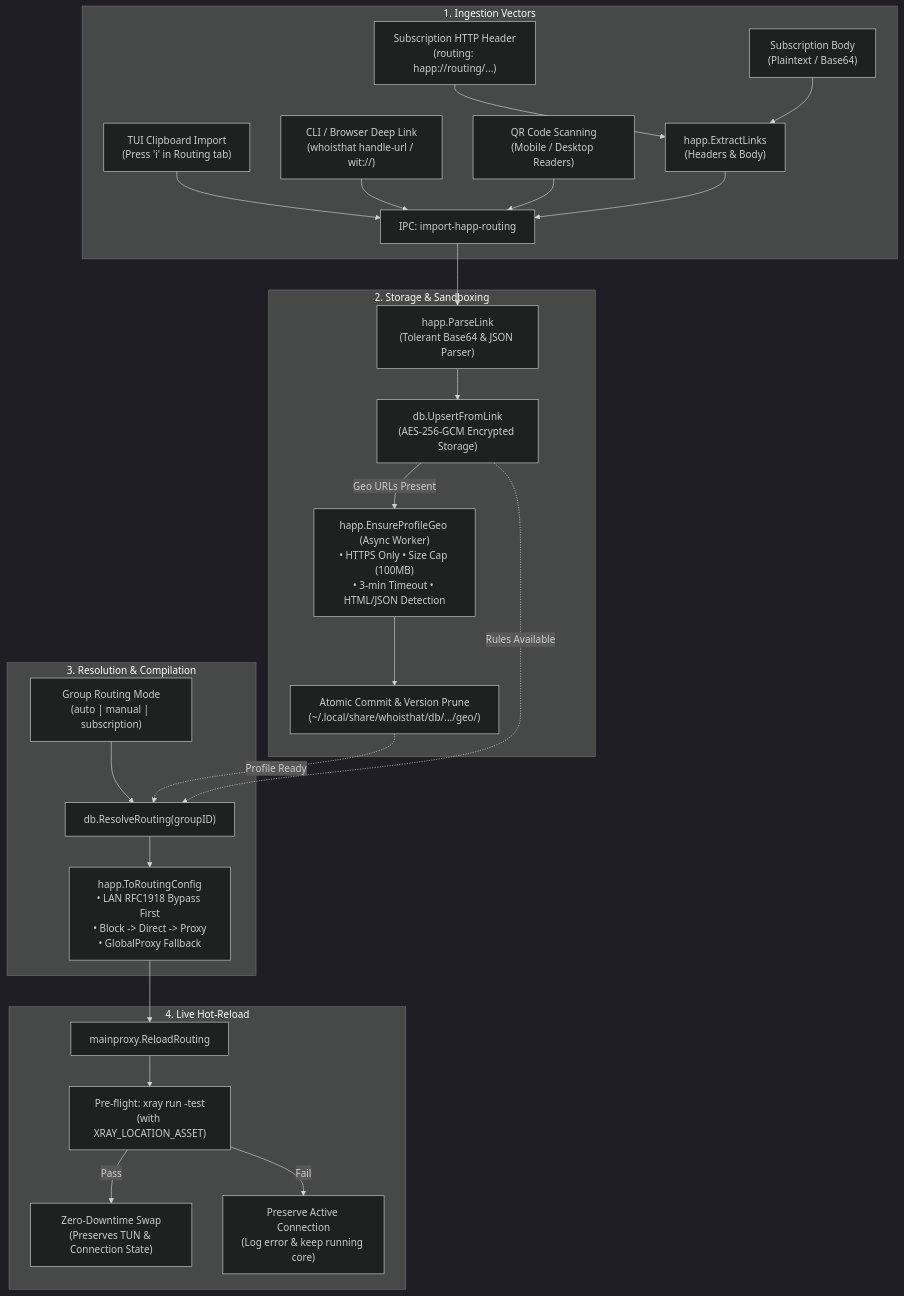
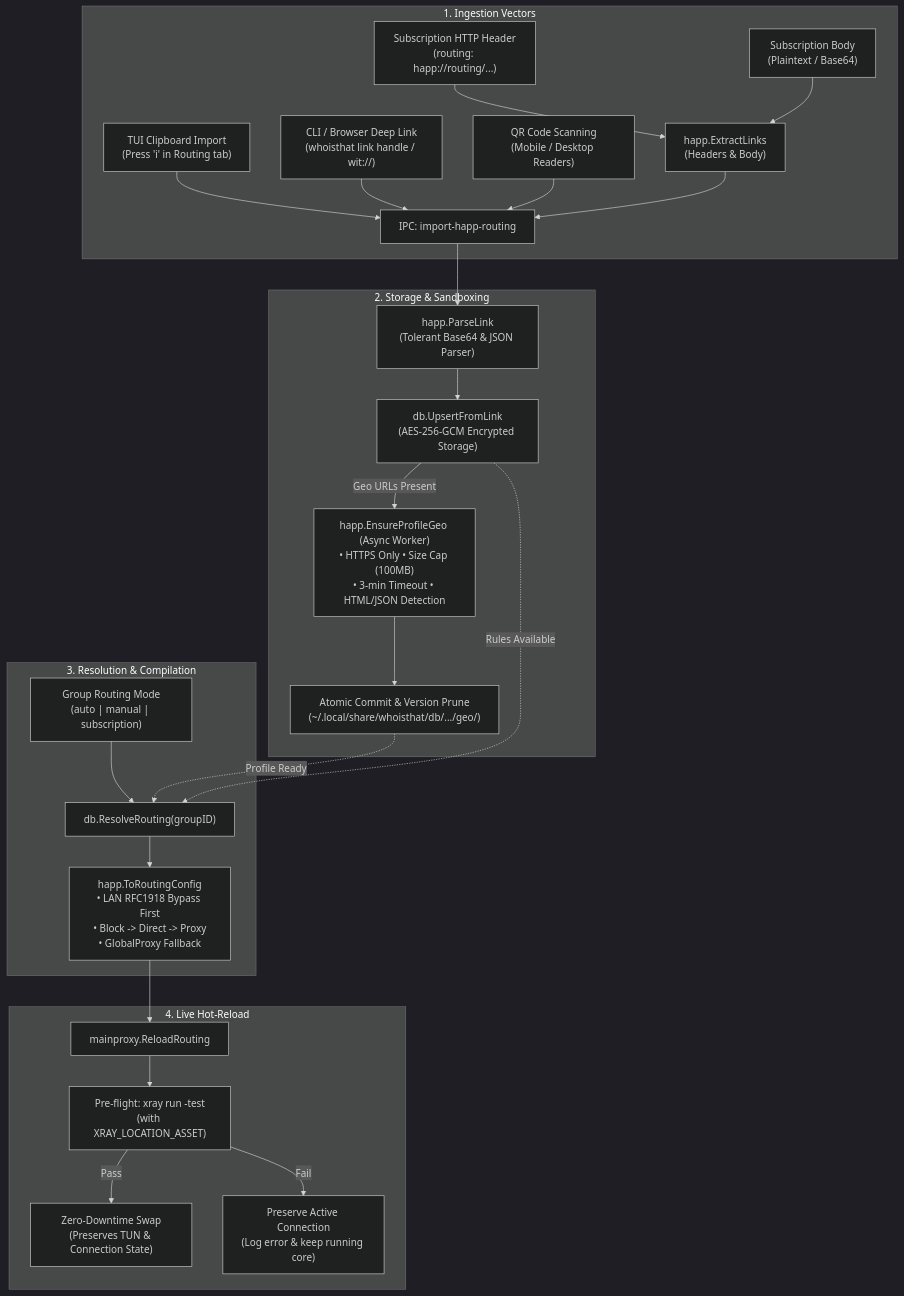
The first of 2 diagrams in docs/networking/happ-routing.md (kvunoff/whoisthat), drawn with Mermaid (dark theme) before and after one commit. The commit also changed other lines of this file and 22 other files, not shown here.

````diff
--- a/docs/networking/happ-routing.md
+++ b/docs/networking/happ-routing.md
@@ -13,33 +13,33 @@
 ```mermaid
 flowchart TD
     subgraph Ingestion["1. Ingestion Vectors"]
         A1["Subscription HTTP Header\n(routing: happ://routing/...)"] --> B["happ.ExtractLinks\n(Headers & Body)"]
         A2["Subscription Body\n(Plaintext / Base64)"] --> B
         A3["TUI Clipboard Import\n(Press 'i' in Routing tab)"] --> C["IPC: import-happ-routing"]
-        A4["CLI / Browser Deep Link\n(whoisthat handle-url / wit://)"] --> C
+        A4["CLI / Browser Deep Link\n(whoisthat link handle / wit://)"] --> C
         A5["QR Code Scanning\n(Mobile / Desktop Readers)"] --> C
     end
 
     B --> C
     C --> D["happ.ParseLink\n(Tolerant Base64 & JSON Parser)"]
 
     subgraph Core["2. Storage & Sandboxing"]
         D --> E["db.UpsertFromLink\n(AES-256-GCM Encrypted Storage)"]
         E -->|Geo URLs Present| F["happ.EnsureProfileGeo (Async Worker)\n• HTTPS Only • Size Cap (100MB)\n• 3-min Timeout • HTML/JSON Detection"]
         F --> G["Atomic Commit & Version Prune\n(~/.local/share/whoisthat/db/.../geo/)"]
     end
 
     subgraph Resolution["3. Resolution & Compilation"]
         H["Group Routing Mode\n(auto | manual | subscription)"] --> I["db.ResolveRouting(groupID)"]
         G -.->|Profile Ready| I
         E -.->|Rules Available| I
         I --> J["happ.ToRoutingConfig\n• LAN RFC1918 Bypass First\n• Block -> Direct -> Proxy\n• GlobalProxy Fallback"]
     end
 
     subgraph Runtime["4. Live Hot-Reload"]
         J --> K["mainproxy.ReloadRouting"]
         K --> L["Pre-flight: xray run -test\n(with XRAY_LOCATION_ASSET)"]
         L -->|Pass| M["Zero-Downtime Swap\n(Preserves TUN & Connection State)"]
         L -->|Fail| N["Preserve Active Connection\n(Log error & keep running core)"]
     end
 ```
````
